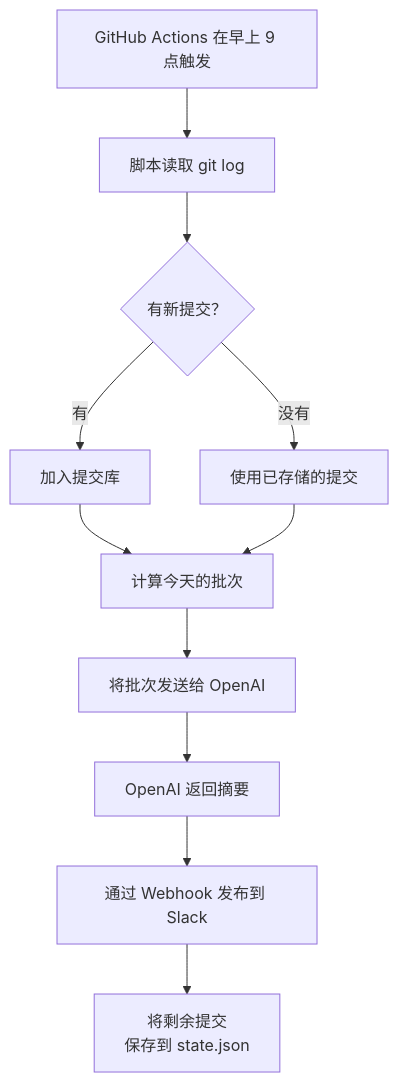
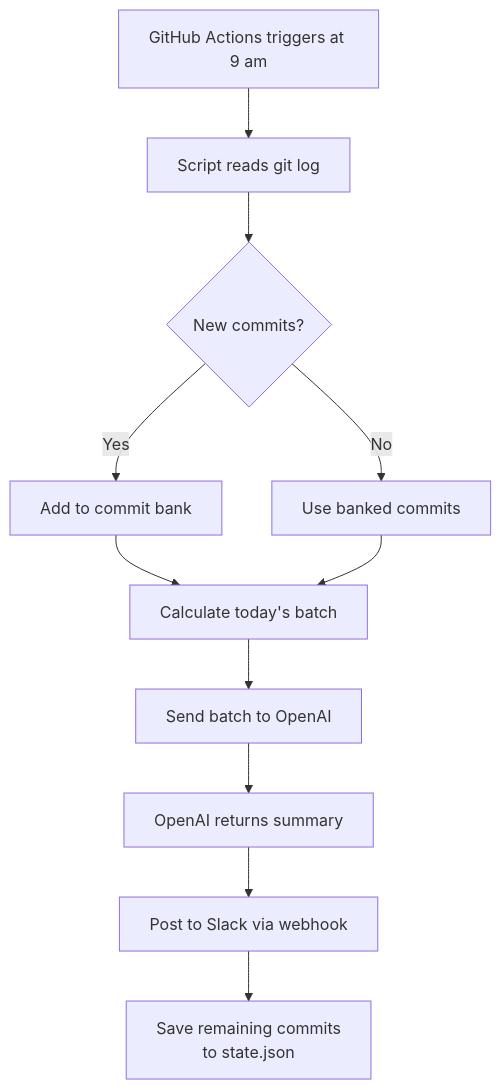
One commit to ChanMeng666/ai-programming-teaching-project changed the second of 2 diagrams in versioned_docs/version-2026-her-waka/tutorial/vibe-coding/build-with-claude.mdx. Above: the diagram before and after it, drawn with Mermaid. The commit also changed other lines of this file and 472 other files, not shown here.

````diff
--- a/versioned_docs/version-2026-her-waka/tutorial/vibe-coding/build-with-claude.mdx
+++ b/versioned_docs/version-2026-her-waka/tutorial/vibe-coding/build-with-claude.mdx
@@ -546,13 +546,13 @@
 ```mermaid
 flowchart TD
-    A["GitHub Actions 在早上 9 点触发"] --> B["脚本读取 git log"]
-    B --> C{"有新提交？"}
-    C -->|"有"| D["加入提交库"]
-    C -->|"没有"| E["使用已存储的提交"]
-    D --> F["计算今天的批次"]
+    A["GitHub Actions triggers at 9 am"] --> B["Script reads git log"]
+    B --> C{"New commits?"}
+    C -->|"Yes"| D["Add to commit bank"]
+    C -->|"No"| E["Use banked commits"]
+    D --> F["Calculate today's batch"]
     E --> F
-    F --> G["将批次发送给 OpenAI"]
-    G --> H["OpenAI 返回摘要"]
-    H --> I["通过 Webhook 发布到 Slack"]
-    I --> J["将剩余提交\n保存到 state.json"]
+    F --> G["Send batch to OpenAI"]
+    G --> H["OpenAI returns summary"]
+    H --> I["Post to Slack via webhook"]
+    I --> J["Save remaining commits\nto state.json"]
 ```
````
